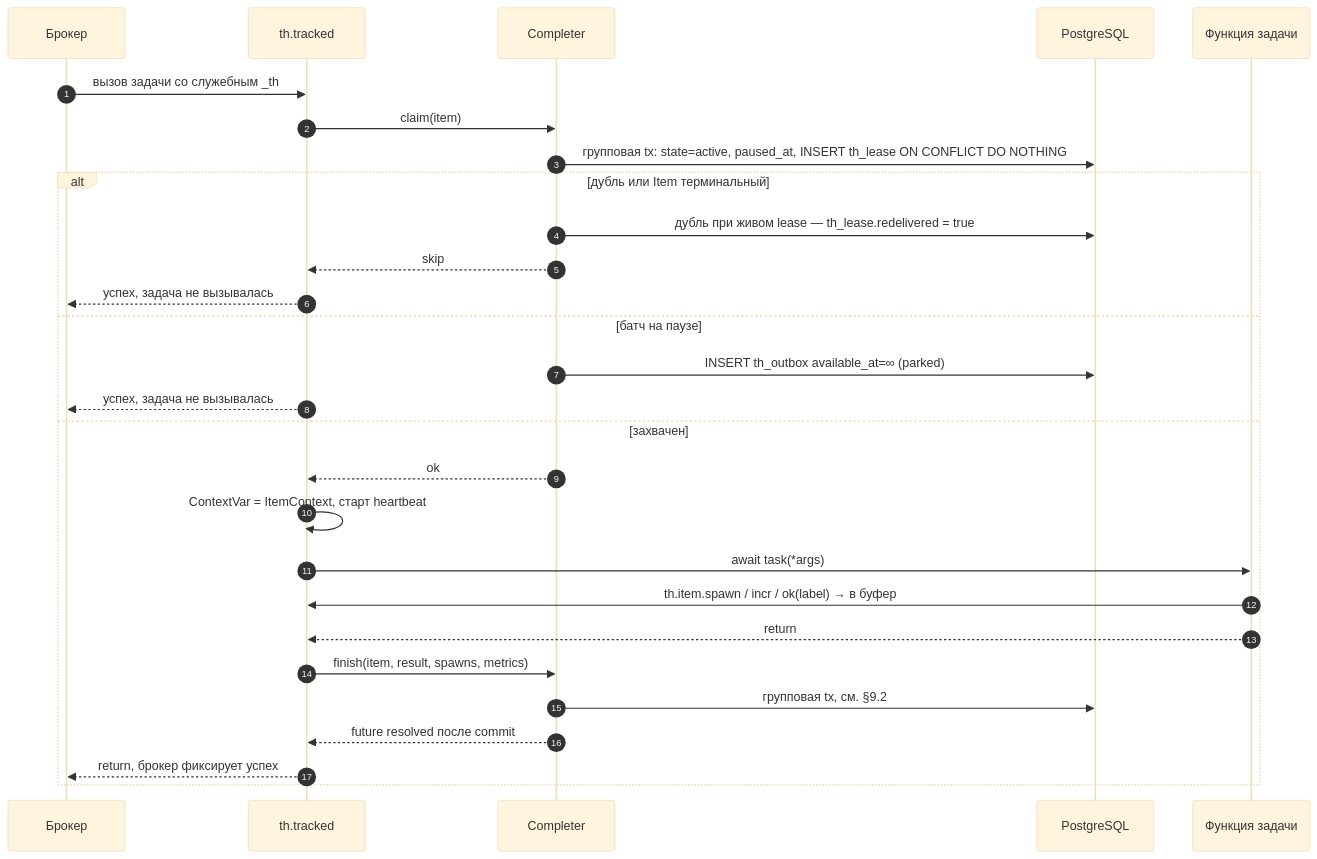
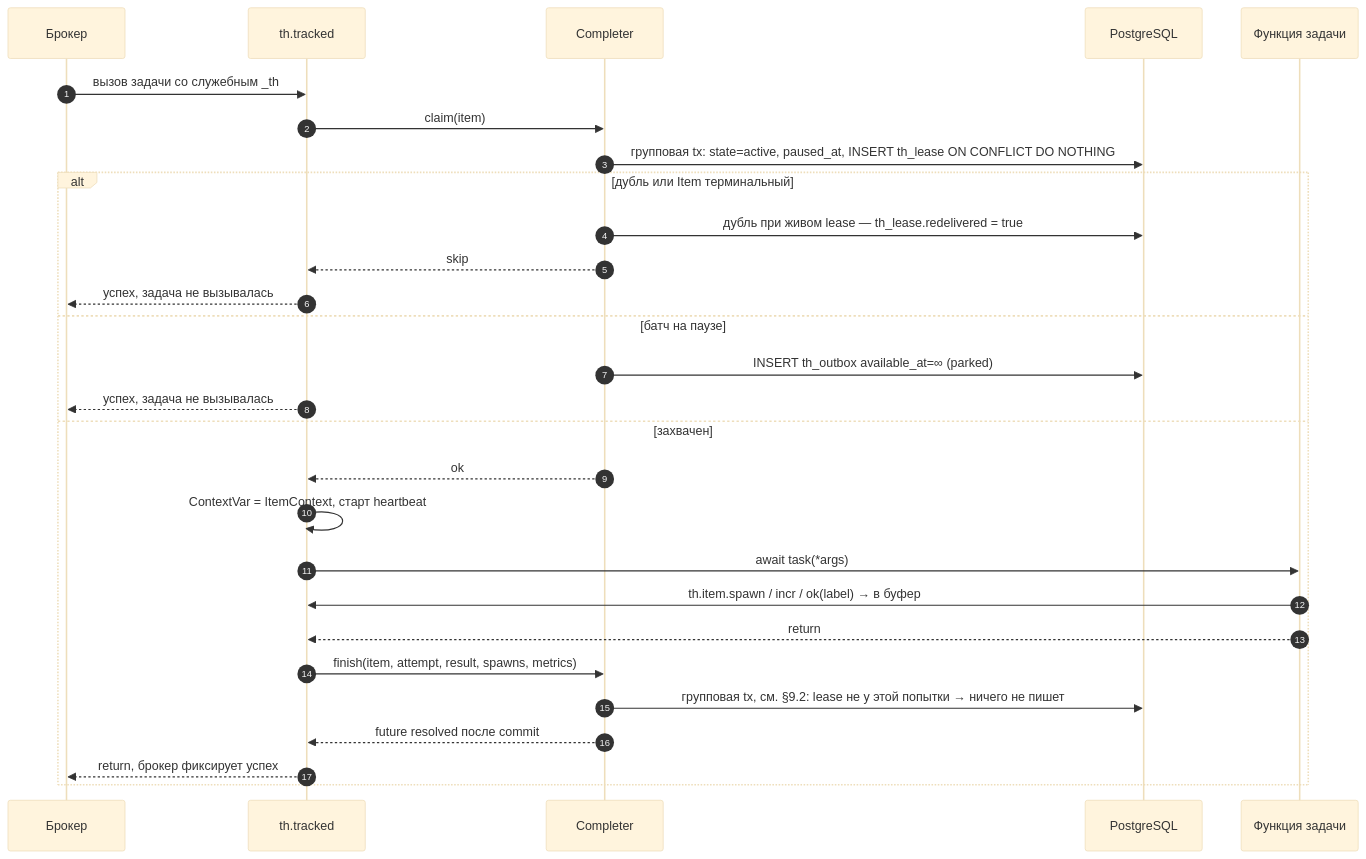
Diagram 15 of 40 in docs/ARCHITECTURE.md (0cherednoq/Tallyho), drawn with Mermaid (base theme) before and after one commit. The commit also changed other lines of this file and 2 other files, not shown here.

First line of the commit message:
Fix-18: описать владение lease в пути A, JOB_DEAD и ключ с поколением

````diff
--- a/docs/ARCHITECTURE.md
+++ b/docs/ARCHITECTURE.md
@@ -949,31 +949,31 @@
 ```mermaid
 sequenceDiagram
     autonumber
     participant B as Брокер
     participant MW as th.tracked
     participant C as Completer
     participant DB as PostgreSQL
     participant T as Функция задачи
 
     B->>MW: вызов задачи со служебным _th
     MW->>C: claim(item)
     C->>DB: групповая tx: state=active, paused_at, INSERT th_lease ON CONFLICT DO NOTHING
     alt дубль или Item терминальный
         C->>DB: дубль при живом lease — th_lease.redelivered = true
         C-->>MW: skip
         MW-->>B: успех, задача не вызывалась
     else батч на паузе
         C->>DB: INSERT th_outbox available_at=∞ (parked)
         MW-->>B: успех, задача не вызывалась
     else захвачен
         C-->>MW: ok
         MW->>MW: ContextVar = ItemContext, старт heartbeat
         MW->>T: await task(*args)
         T->>MW: th.item.spawn / incr / ok(label) → в буфер
         T-->>MW: return
-        MW->>C: finish(item, result, spawns, metrics)
-        C->>DB: групповая tx, см. §9.2
+        MW->>C: finish(item, attempt, result, spawns, metrics)
+        C->>DB: групповая tx, см. §9.2: lease не у этой попытки → ничего не пишет
         C-->>MW: future resolved после commit
         MW-->>B: return, брокер фиксирует успех
     end
 ```
````
